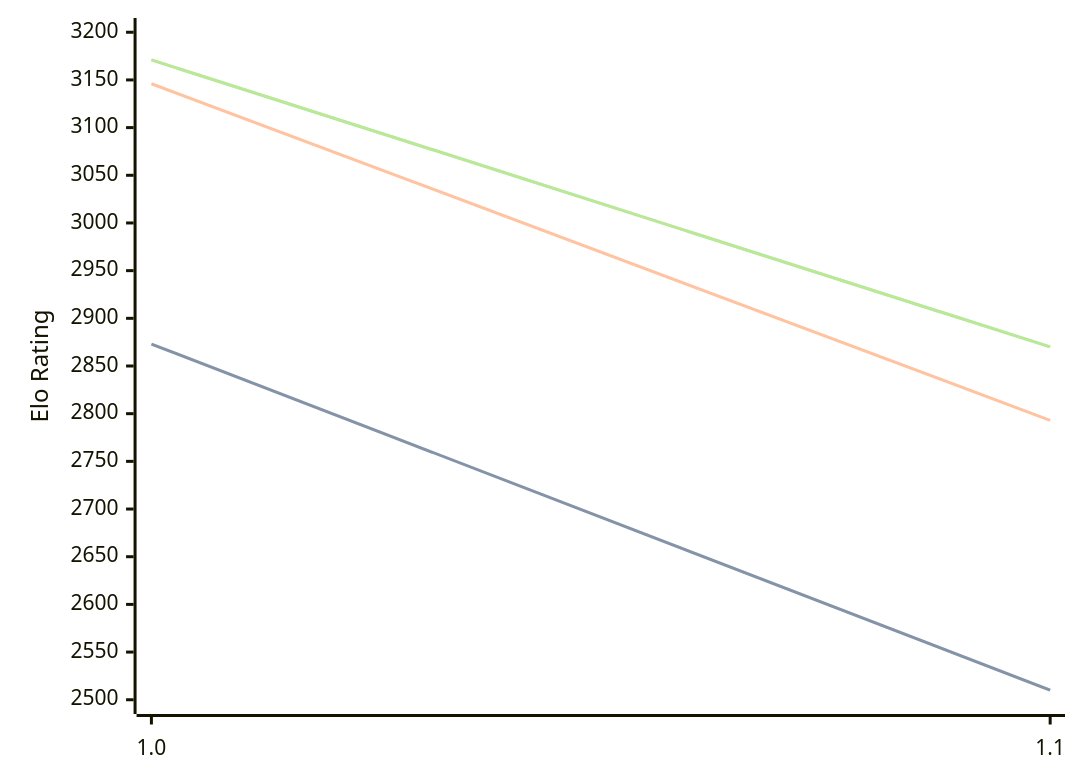
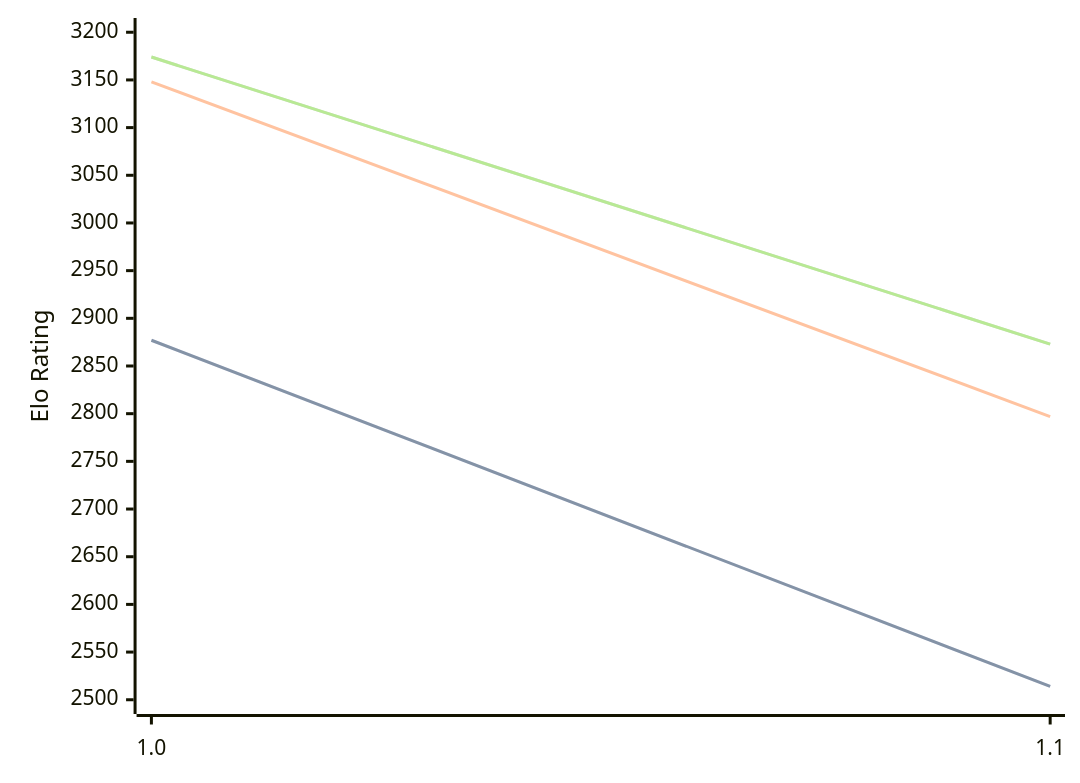
Before and after one commit to computer-chess-index/cci: the diagram in engines/Publius.md, drawn with Mermaid. The commit also changed other lines of this file, not shown here.

Commit message:
Update CCI Ratings (ELO VLTC) - 2026-04-30

````diff
--- a/engines/Publius.md
+++ b/engines/Publius.md
@@ -32,11 +32,11 @@
 ```mermaid
 %%{init: {"theme":"base","themeVariables":{"seriesColors:['#a3a3a3','#222221','#faa371']}}}%%
 xychart-beta
   x-axis ["1.0", "1.1"]
   y-axis "Elo Rating" 2500 --> 3200
-  line "STC (8.0+0.08s)" [2873, 2510]
-  line "STC (8.0+0.08s)" [2873, 2510]
-  line "LTC (60.0+0.60s)" [3146, 2793]
-  line "VLTC (2m24s+1.12s)" [3171, 2870]
-  line "VLTC (2m24s+1.12s)" [3171, 2870]
+  line "STC (8.0+0.08s)" [2877, 2514]
+  line "STC (8.0+0.08s)" [2877, 2514]
+  line "LTC (60.0+0.60s)" [3148, 2797]
+  line "VLTC (2m24s+1.12s)" [3174, 2873]
+  line "VLTC (2m24s+1.12s)" [3174, 2873]
 ```
````
